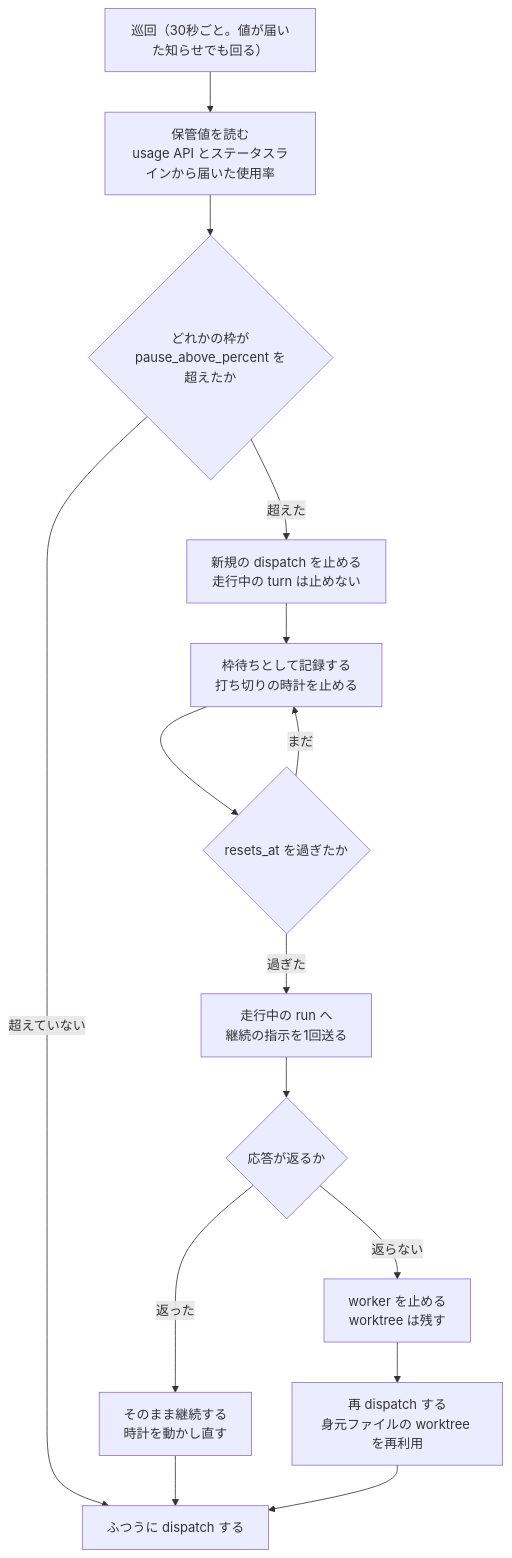
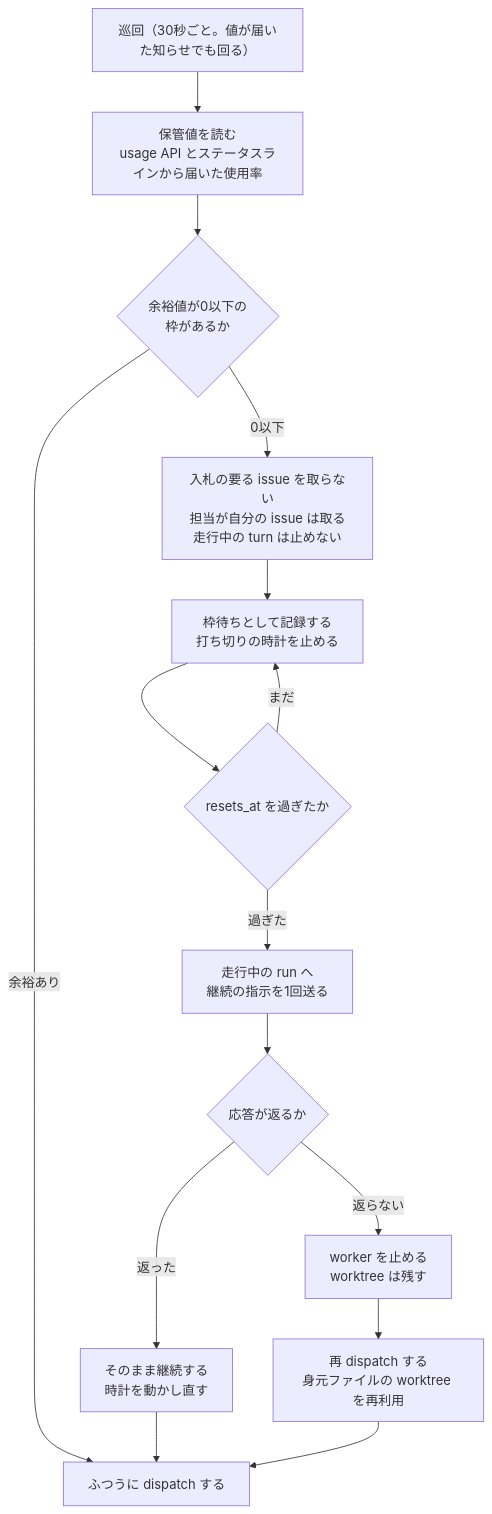
Before and after one commit to maimuzo/continuo: the fourth of 4 diagrams in docs/plans/continuo_design_slim.md, drawn with Mermaid. The commit also changed 21 other files, not shown here.

First line of the commit message:
pause_above_percent をキーごと消して統合後の食い違いを塞ぐ 検査を main の作りへ載せ替える

````diff
--- a/docs/plans/continuo_design_slim.md
+++ b/docs/plans/continuo_design_slim.md
@@ -404,20 +404,20 @@
 ```mermaid
 flowchart TB
     poll["巡回（30秒ごと。値が届いた知らせでも回る）"] --> usage["保管値を読む<br/>usage API とステータスラインから届いた使用率"]
-    usage --> over{"どれかの枠が<br/>pause_above_percent を超えたか"}
-    over -->|"超えた"| stop["新規の dispatch を止める<br/>走行中の turn は止めない"]
-    over -->|"超えていない"| normal["ふつうに dispatch する"]
+    usage --> over{"余裕値が0以下の<br/>枠があるか"}
+    over -->|"0以下"| stop["入札の要る issue を取らない<br/>担当が自分の issue は取る<br/>走行中の turn は止めない"]
+    over -->|"余裕あり"| normal["ふつうに dispatch する"]
 
     stop --> waiting["枠待ちとして記録する<br/>打ち切りの時計を止める"]
     waiting --> reset{"resets_at を過ぎたか"}
     reset -->|"まだ"| waiting
     reset -->|"過ぎた"| probe["走行中の run へ<br/>継続の指示を1回送る"]
 
     probe --> resp{"応答が返るか"}
     resp -->|"返った"| resume["そのまま継続する<br/>時計を動かし直す"]
     resp -->|"返らない"| kill["worker を止める<br/>worktree は残す"]
     kill --> redispatch["再 dispatch する<br/>身元ファイルの worktree を再利用"]
 
     resume --> normal
     redispatch --> normal
 ```
````
